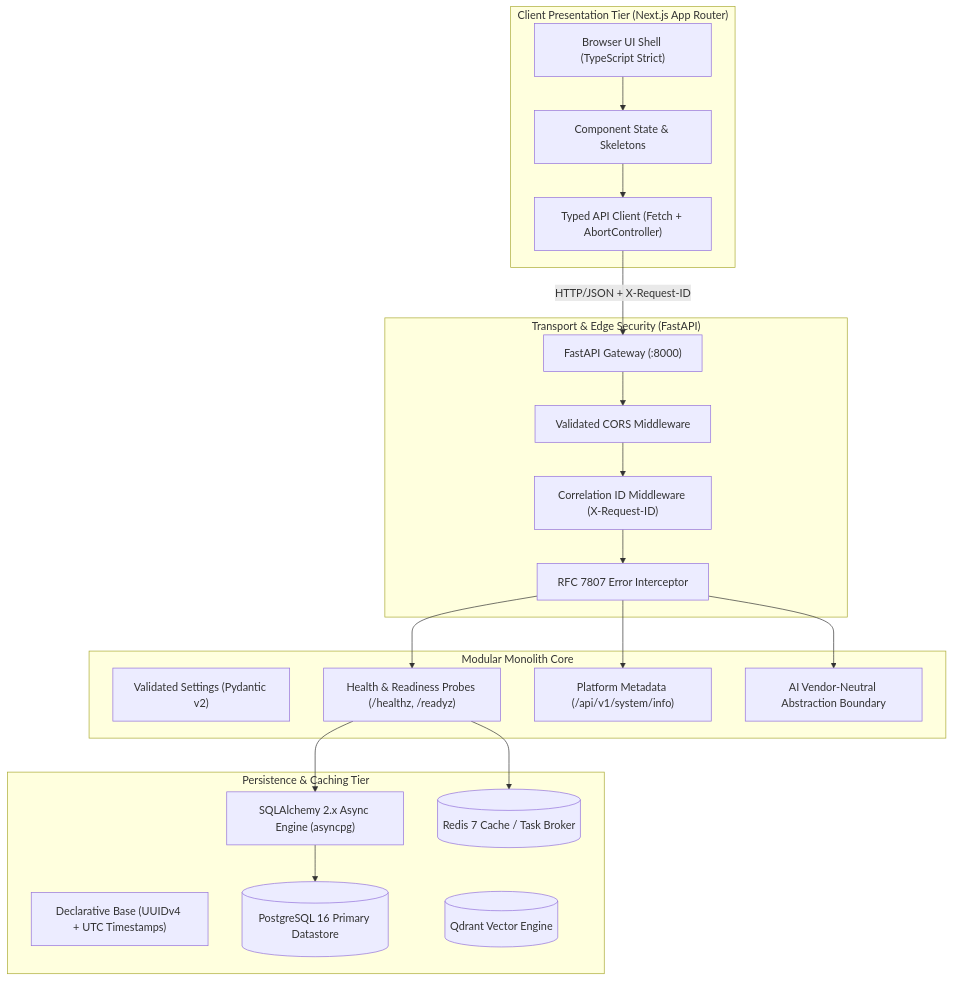
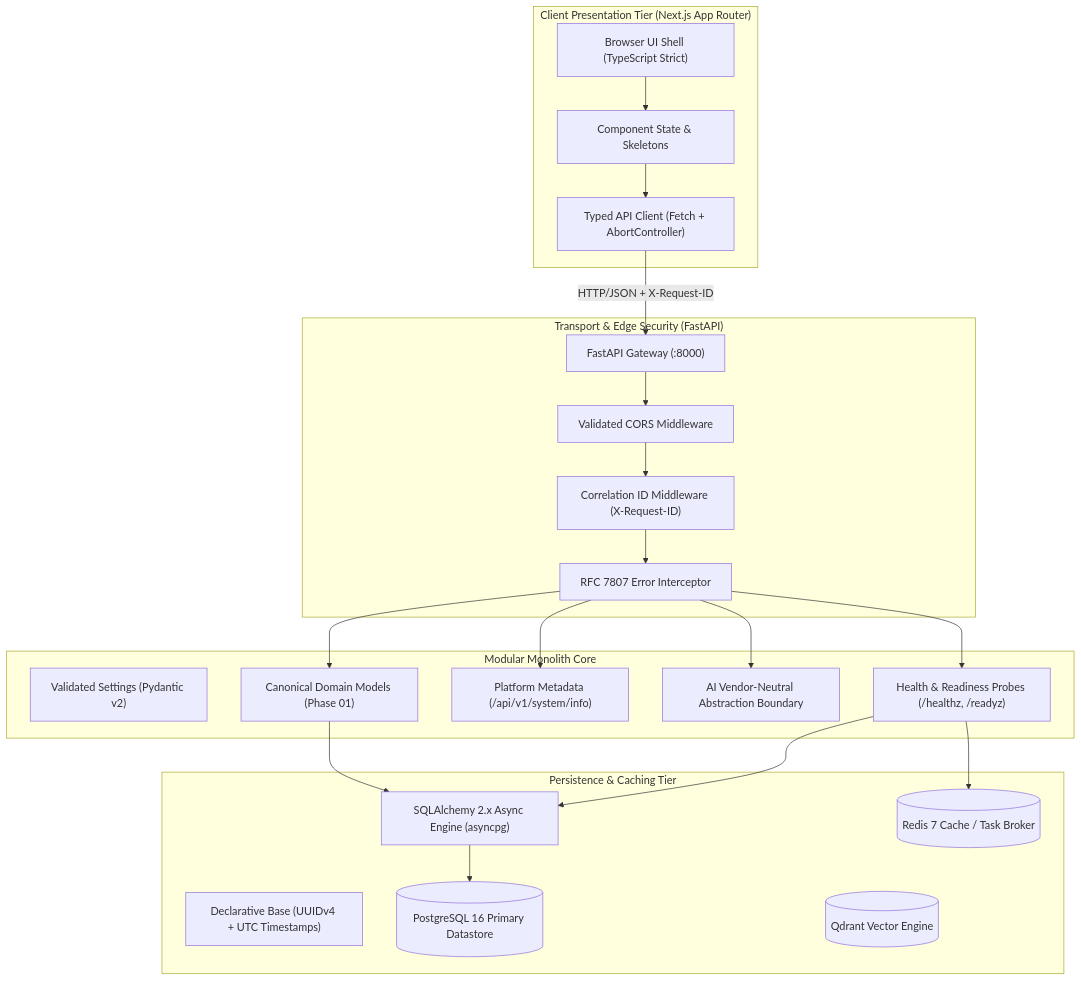
One commit to pratham021234/SupportGPT-Platform changed the first of 2 diagrams in docs/ARCHITECTURE.md. Above: the diagram before and after it, drawn with Mermaid. The commit also changed other lines of this file and 21 other files, not shown here.

Commit message:
feat(domain): implement Phase 01 canonical domain models, constraints, and migration

````diff
--- a/docs/ARCHITECTURE.md
+++ b/docs/ARCHITECTURE.md
@@ -12,46 +13,49 @@
 ```mermaid
 graph TD
     subgraph Client ["Client Presentation Tier (Next.js App Router)"]
         BrowserUI["Browser UI Shell (TypeScript Strict)"]
         UIState["Component State & Skeletons"]
         APIClient["Typed API Client (Fetch + AbortController)"]
         BrowserUI --> UIState
         UIState --> APIClient
     end
 
     subgraph Transport ["Transport & Edge Security (FastAPI)"]
         HTTPGateway["FastAPI Gateway (:8000)"]
         CorsMW["Validated CORS Middleware"]
         CorrMW["Correlation ID Middleware (X-Request-ID)"]
         ErrMW["RFC 7807 Error Interceptor"]
         
         HTTPGateway --> CorsMW
         CorsMW --> CorrMW
         CorrMW --> ErrMW
     end
 
     subgraph MonolithCore ["Modular Monolith Core"]
         Config["Validated Settings (Pydantic v2)"]
         HealthSvc["Health & Readiness Probes (/healthz, /readyz)"]
         SystemSvc["Platform Metadata (/api/v1/system/info)"]
         AIBoundary["AI Vendor-Neutral Abstraction Boundary"]
+        DomainModels["Canonical Domain Models (Phase 01)"]
         
         ErrMW --> HealthSvc
         ErrMW --> SystemSvc
         ErrMW --> AIBoundary
+        ErrMW --> DomainModels
     end
 
     subgraph Persistence ["Persistence & Caching Tier"]
         AsyncEngine["SQLAlchemy 2.x Async Engine (asyncpg)"]
         BaseModels["Declarative Base (UUIDv4 + UTC Timestamps)"]
         Postgres[(PostgreSQL 16 Primary Datastore)]
         RedisCache[(Redis 7 Cache / Task Broker)]
         QdrantStore[(Qdrant Vector Engine)]
         
         HealthSvc --> AsyncEngine
         HealthSvc --> RedisCache
+        DomainModels --> AsyncEngine
         AsyncEngine --> Postgres
     end
 
     APIClient -->|HTTP/JSON + X-Request-ID| HTTPGateway
 ```
````
